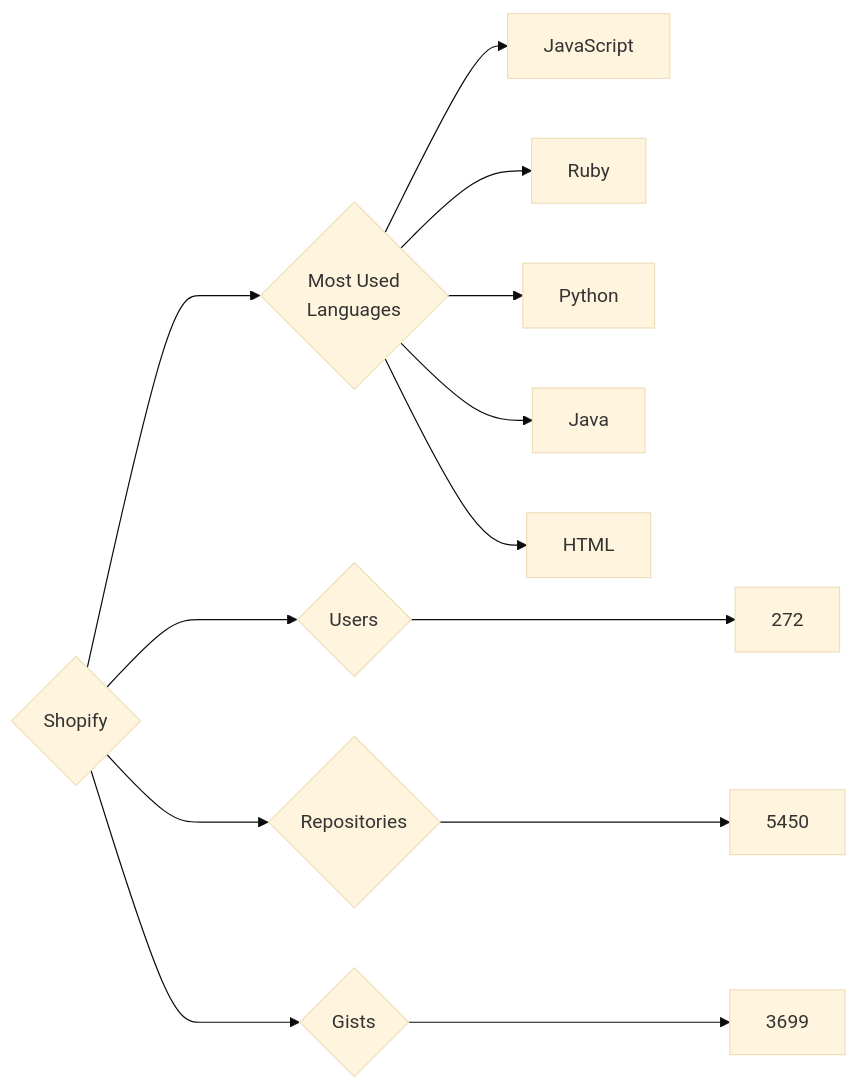
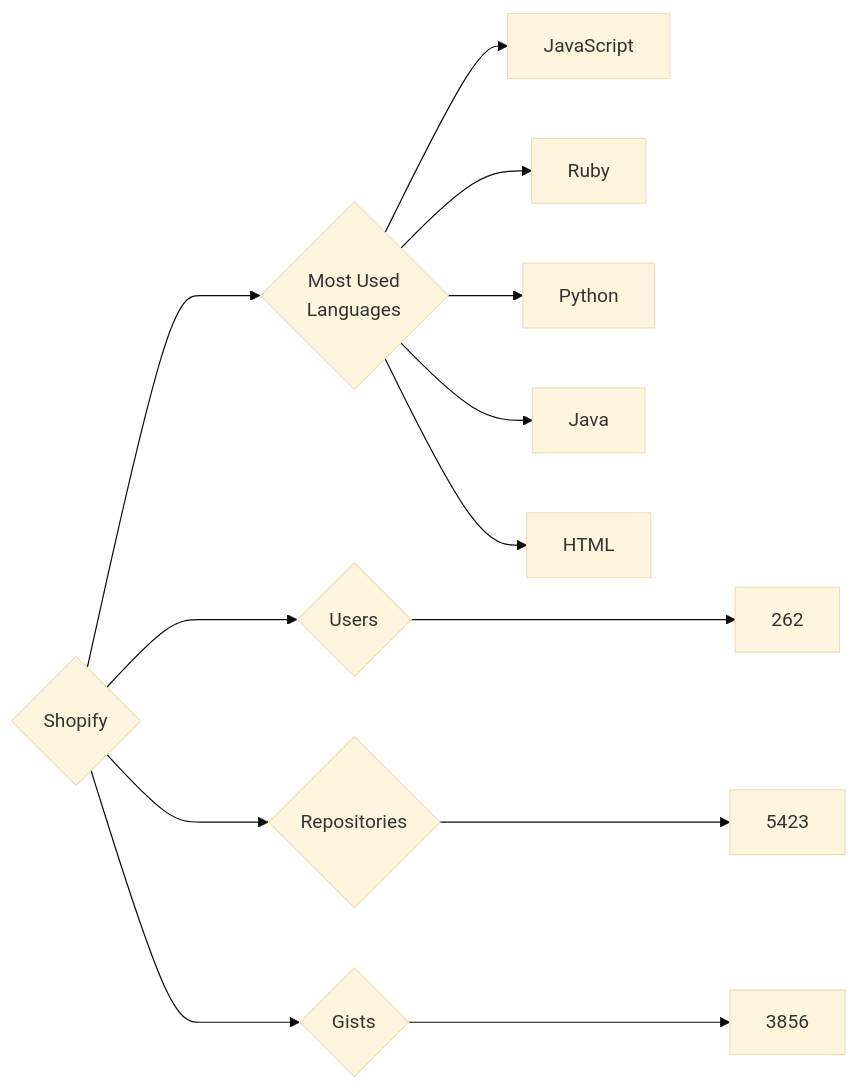
Before and after one commit to trickest/insiders: the diagram in targets/Shopify/README.md, drawn with Mermaid (base theme). The commit also changed 912 other files, not shown here.

````diff
--- a/targets/Shopify/README.md
+++ b/targets/Shopify/README.md
@@ -3,13 +3,13 @@
 ```mermaid
 graph LR
 COMPANY_NAME{Shopify}
-COMPANY_NAME ---> U{Users} ---> UN[272]
-COMPANY_NAME ---> R{Repositories} ---> RN[5450]
-COMPANY_NAME ---> G{Gists} ---> GN[3699]
+COMPANY_NAME ---> U{Users} ---> UN[262]
+COMPANY_NAME ---> R{Repositories} ---> RN[5423]
+COMPANY_NAME ---> G{Gists} ---> GN[3856]
 COMPANY_NAME ---> ML{Most Used<br>Languages}
 ML --> JavaScript[JavaScript]
 ML --> Ruby[Ruby]
 ML --> Python[Python]
 ML --> Java[Java]
 ML --> HTML[HTML]
 ```
````
